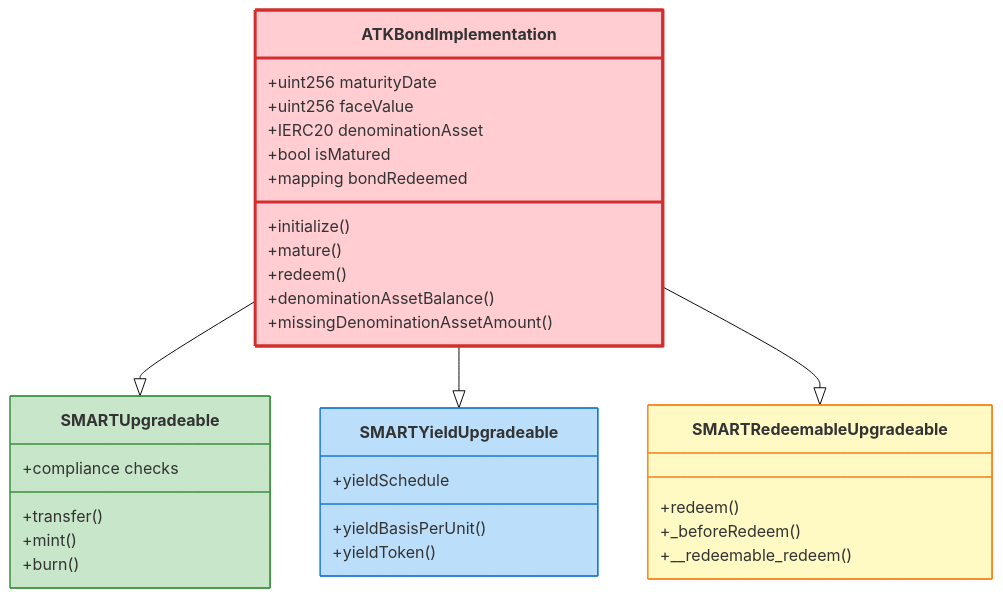
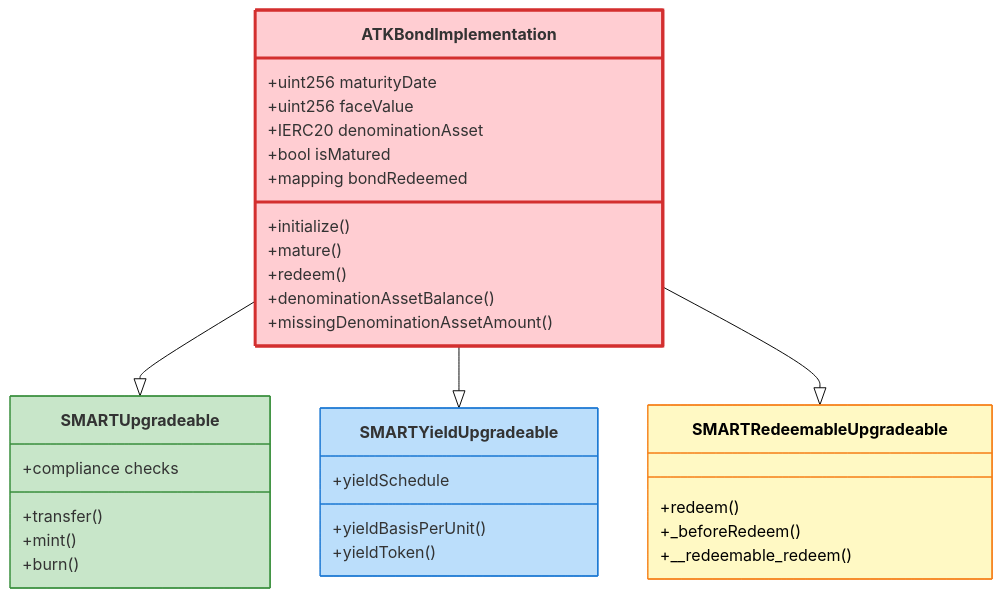
One commit to settlemint/asset-tokenization-kit changed the first of 7 diagrams in designdocs/03-bond-asset-workflow.md. Above: the diagram before and after it, drawn with Mermaid (base theme). The commit also changed other lines of this file and 17 other files, not shown here.

````diff
--- a/designdocs/03-bond-asset-workflow.md
+++ b/designdocs/03-bond-asset-workflow.md
@@ -9,44 +9,44 @@
 ```mermaid
 classDiagram
     class ATKBondImplementation {
         +uint256 maturityDate
         +uint256 faceValue
         +IERC20 denominationAsset
         +bool isMatured
         +mapping bondRedeemed
         
         +initialize()
         +mature()
         +redeem()
         +denominationAssetBalance()
         +missingDenominationAssetAmount()
     }
     
     class SMARTUpgradeable {
         +transfer()
         +mint()
         +burn()
         +compliance checks
     }
     
     class SMARTYieldUpgradeable {
         +yieldSchedule
         +yieldBasisPerUnit()
         +yieldToken()
     }
     
     class SMARTRedeemableUpgradeable {
         +redeem()
         +_beforeRedeem()
         +__redeemable_redeem()
     }
     
     ATKBondImplementation --|> SMARTUpgradeable
     ATKBondImplementation --|> SMARTYieldUpgradeable
     ATKBondImplementation --|> SMARTRedeemableUpgradeable
     
     style ATKBondImplementation fill:#ffcdd2,stroke:#d32f2f,stroke-width:3px
     style SMARTUpgradeable fill:#c8e6c9,stroke:#388e3c
     style SMARTYieldUpgradeable fill:#bbdefb,stroke:#1976d2
-    style SMARTRedeemableUpgradeable fill:#fff9c4,stroke:#f57f17
+    style SMARTRedeemableUpgradeable fill:#fff9c4,stroke:#f57f17,color:#000000,color:#000000
 ```
````
